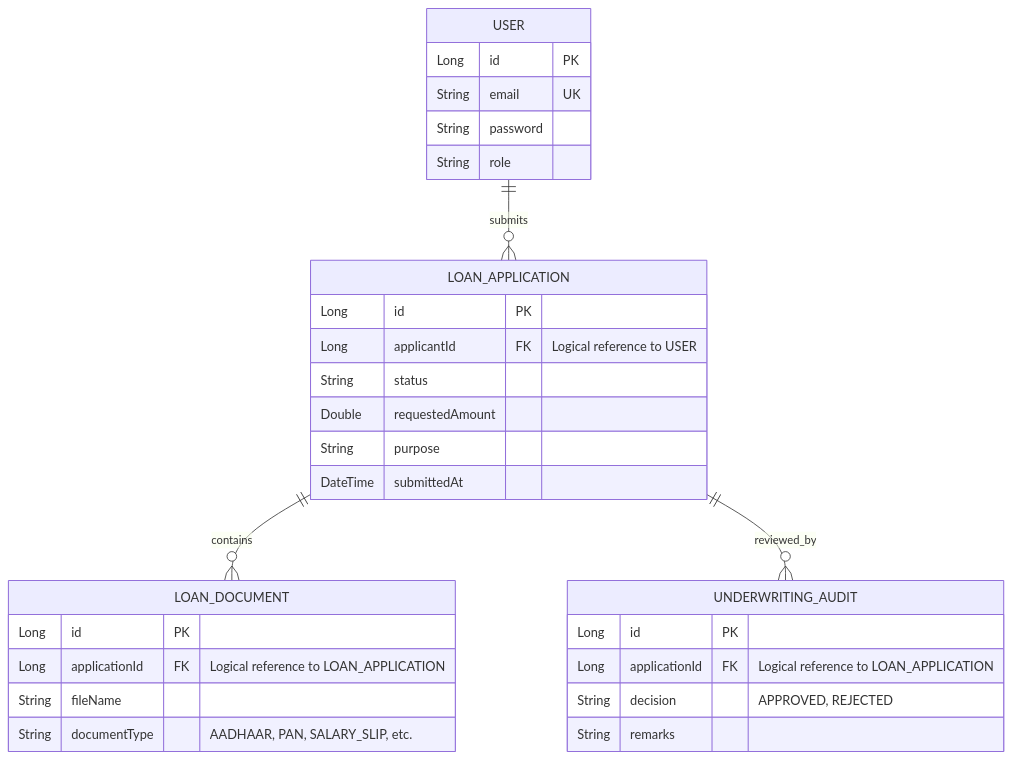
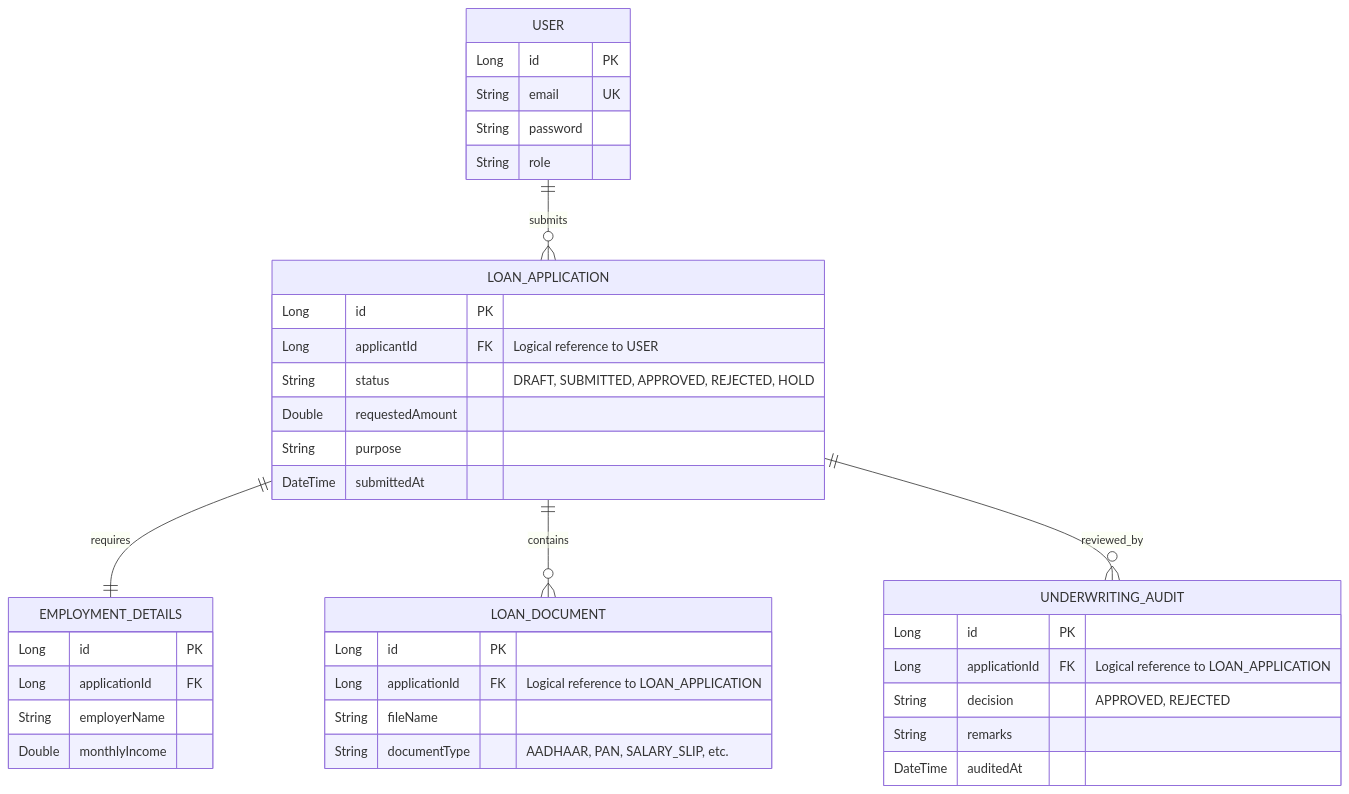
One commit to durgaaprasadch/FinFlow changed the third of 5 diagrams in docs/DESIGN_DIAGRAMS.md. Above: the diagram before and after it, drawn with Mermaid. The commit also changed other lines of this file and 2 other files, not shown here.

Commit message:
docs: enrich project diagrams, code explanations, and presentation slides

````diff
--- a/docs/DESIGN_DIAGRAMS.md
+++ b/docs/DESIGN_DIAGRAMS.md
@@ -78,36 +81,45 @@
 ```mermaid
 erDiagram
     USER {
         Long id PK
         String email UK
         String password
         String role
     }
 
     LOAN_APPLICATION {
         Long id PK
         Long applicantId FK "Logical reference to USER"
-        String status
+        String status "DRAFT, SUBMITTED, APPROVED, REJECTED, HOLD"
         Double requestedAmount
         String purpose
         DateTime submittedAt
+    }
+
+    EMPLOYMENT_DETAILS {
+        Long id PK
+        Long applicationId FK
+        String employerName
+        Double monthlyIncome
     }
 
     LOAN_DOCUMENT {
         Long id PK
         Long applicationId FK "Logical reference to LOAN_APPLICATION"
         String fileName
         String documentType "AADHAAR, PAN, SALARY_SLIP, etc."
     }
 
     UNDERWRITING_AUDIT {
         Long id PK
         Long applicationId FK "Logical reference to LOAN_APPLICATION"
         String decision "APPROVED, REJECTED"
         String remarks
+        DateTime auditedAt
     }
 
     USER ||--o{ LOAN_APPLICATION : "submits"
+    LOAN_APPLICATION ||--|| EMPLOYMENT_DETAILS : "requires"
     LOAN_APPLICATION ||--o{ LOAN_DOCUMENT : "contains"
     LOAN_APPLICATION ||--o{ UNDERWRITING_AUDIT : "reviewed_by"
 ```
````
